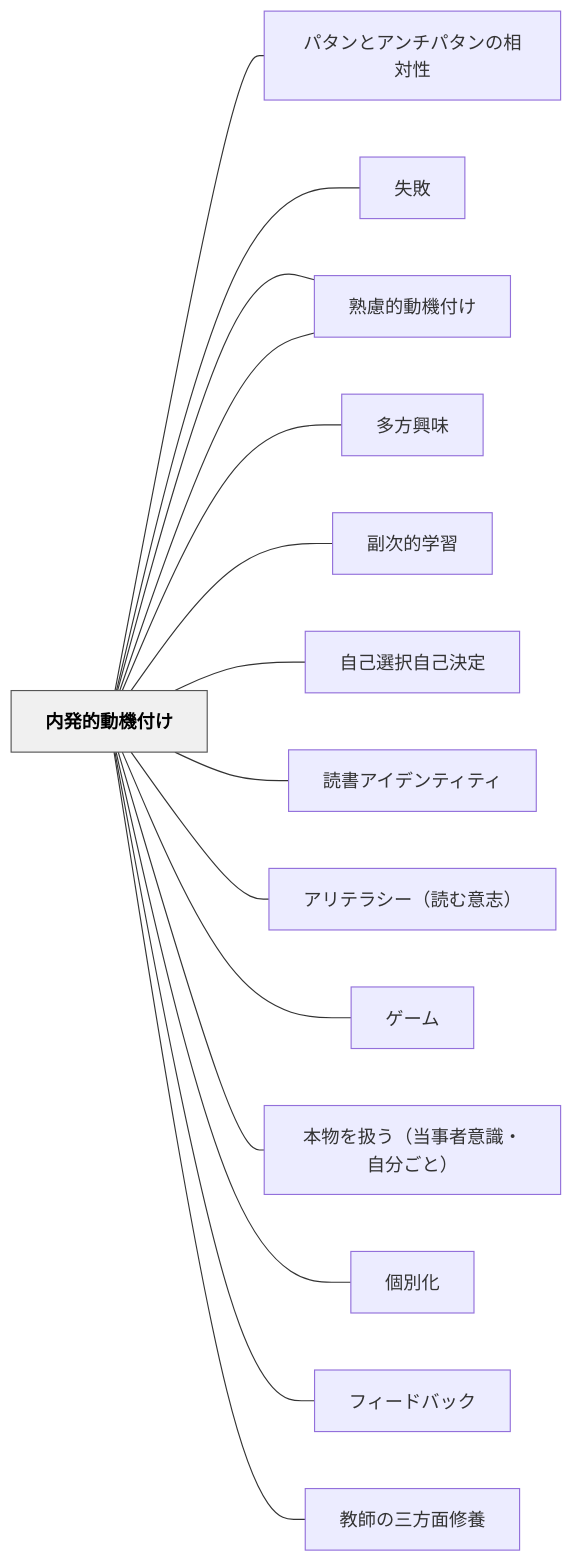
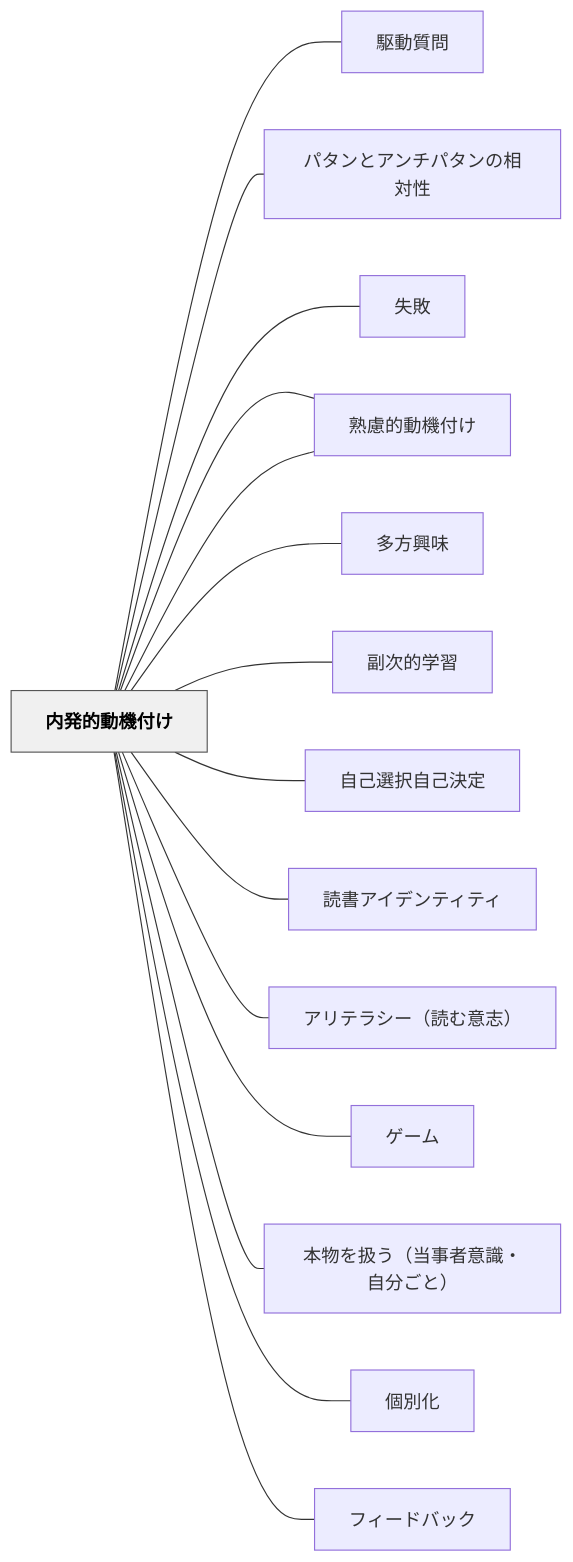
One commit to unknownthings-ed-patterns/unknownthings-ed-patterns changed the diagram in content/パタン/内発的動機付け.md. Above: the diagram before and after it, drawn with Mermaid. The commit also changed other lines of this file and 47 other files, not shown here.

````diff
--- a/content/パタン/内発的動機付け.md
+++ b/content/パタン/内発的動機付け.md
@@ -193,36 +194,36 @@
 ```mermaid
 flowchart LR
     ne58685e799ba["内発的動機付け"]
+    ne9a786e58b95["駆動質問"]
     ne38391e382bf["パタンとアンチパタンの相対性"]
     ne5a4b1e69597["失敗"]
     ne7869fe685ae["熟慮的安全性"]
     ne5a49ae696b9["多方興味"]
     ne589afe6aca1["副次的学習"]
     ne7869fe685ae["熟慮的動機付け"]
     ne887aae5b7b1["自己選択自己決定"]
     ne8aaade69bb8["読書アイデンティティ"]
     ne382a2e383aa["アリテラシー（読む意志）"]
     ne382b2e383bc["ゲーム"]
     ne69cace789a9["本物を扱う（当事者意識・自分ごと）"]
     ne5808be588a5["個別化"]
     ne38395e382a3["フィードバック"]
-    ne69599e5b8ab["教師の三方面修養"]
 
+    ne58685e799ba --- ne9a786e58b95
     ne58685e799ba --- ne38391e382bf
     ne58685e799ba --- ne5a4b1e69597
     ne58685e799ba --- ne7869fe685ae
     ne58685e799ba --- ne5a49ae696b9
     ne58685e799ba --- ne589afe6aca1
     ne58685e799ba --- ne7869fe685ae
     ne58685e799ba --- ne887aae5b7b1
     ne58685e799ba --- ne8aaade69bb8
     ne58685e799ba --- ne382a2e383aa
     ne58685e799ba --- ne382b2e383bc
     ne58685e799ba --- ne69cace789a9
     ne58685e799ba --- ne5808be588a5
     ne58685e799ba --- ne38395e382a3
-    ne58685e799ba --- ne69599e5b8ab
 
     classDef hub fill:#f0f0f0,stroke:#555,color:#000,font-weight:bold
     class ne58685e799ba hub
 ```
````
